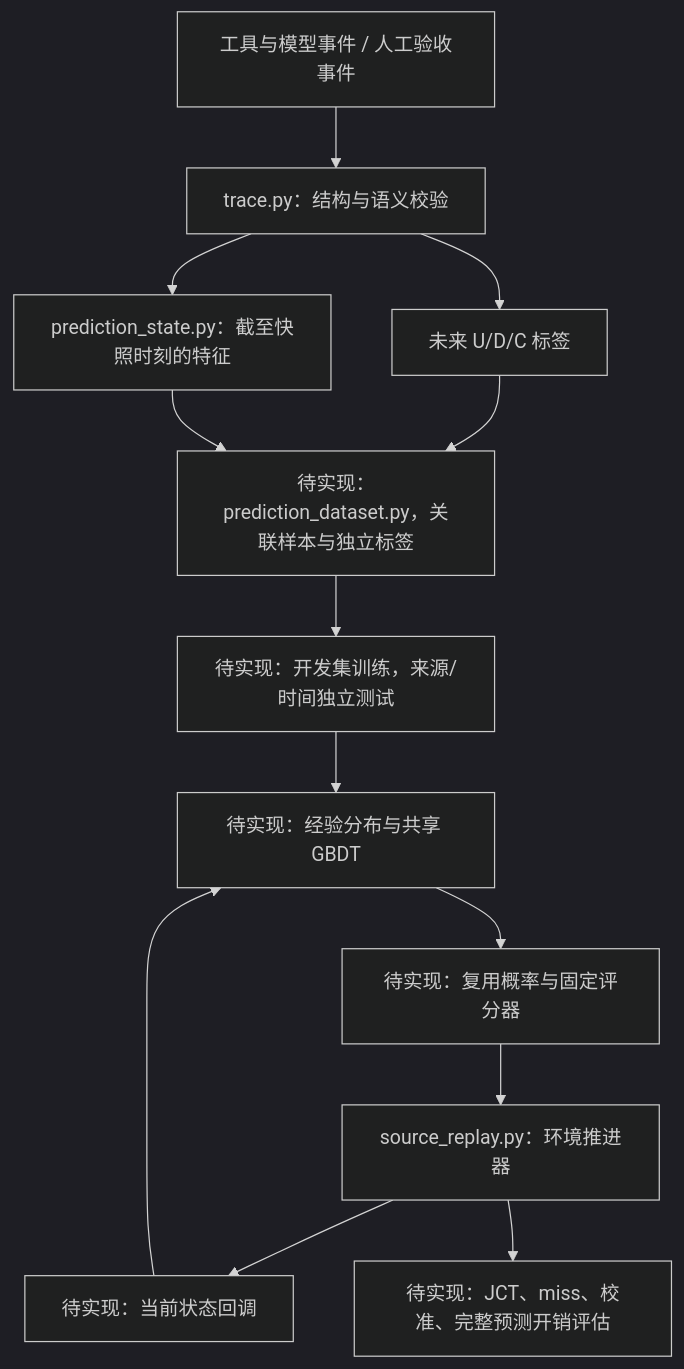
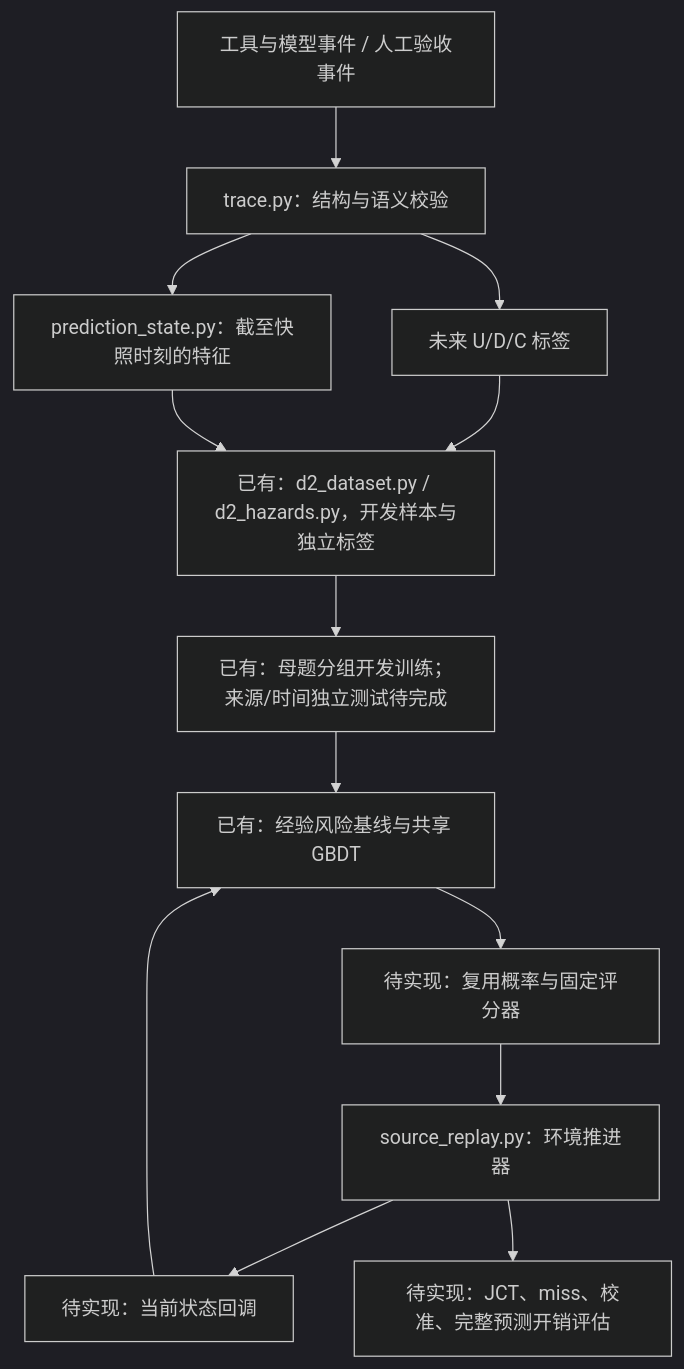
One commit to takayaxu/leasepath changed the diagram in docs/architecture.md. Above: the diagram before and after it, drawn with Mermaid (dark theme). The commit also changed other lines of this file and 232 other files, not shown here.

````diff
--- a/docs/architecture.md
+++ b/docs/architecture.md
@@ -7,15 +9,15 @@
 ```mermaid
 flowchart TD
     A["工具与模型事件 / 人工验收事件"] --> B["trace.py：结构与语义校验"]
     B --> C["未来 U/D/C 标签"]
     B --> D["prediction_state.py：截至快照时刻的特征"]
-    C --> E["待实现：prediction_dataset.py，关联样本与独立标签"]
+    C --> E["已有：d2_dataset.py / d2_hazards.py，开发样本与独立标签"]
     D --> E
-    E --> F["待实现：开发集训练，来源/时间独立测试"]
-    F --> G["待实现：经验分布与共享 GBDT"]
+    E --> F["已有：母题分组开发训练；来源/时间独立测试待完成"]
+    F --> G["已有：经验风险基线与共享 GBDT"]
     H["source_replay.py：环境推进器"] --> I["待实现：当前状态回调"]
     I --> G
     G --> J["待实现：复用概率与固定评分器"]
     J --> H
     H --> K["待实现：JCT、miss、校准、完整预测开销评估"]
 ```
````
